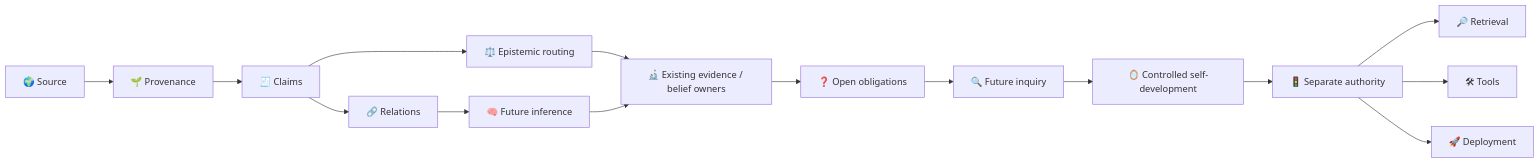
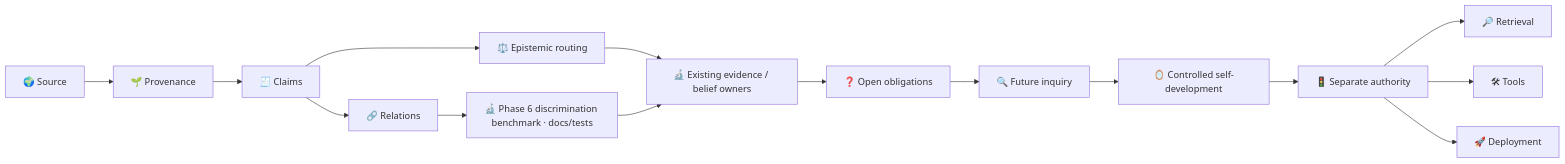
The second of 2 diagrams in SYSTEM_OVERVIEW.md (velantrian/velantrim-mentaury-soul), drawn with Mermaid before and after one commit. The commit also changed other lines of this file and 1 other file, not shown here.

````diff
--- a/SYSTEM_OVERVIEW.md
+++ b/SYSTEM_OVERVIEW.md
@@ -327,18 +327,18 @@
 ```mermaid
 flowchart LR
     A[🌍 Source] --> B[🌱 Provenance]
     B --> C[🧾 Claims]
     C --> D[🔗 Relations]
     C --> E[⚖️ Epistemic routing]
-    D --> F[🧠 Future inference]
+    D --> F[🔬 Phase 6 discrimination benchmark · docs/tests]
     E --> G[🔬 Existing evidence / belief owners]
     F --> G
     G --> H[❓ Open obligations]
     H --> I[🔍 Future inquiry]
     I --> J[🪞 Controlled self-development]
     J --> K[🚦 Separate authority]
 
     K --> L[🔎 Retrieval]
     K --> M[🛠 Tools]
     K --> N[🚀 Deployment]
 ```
````
